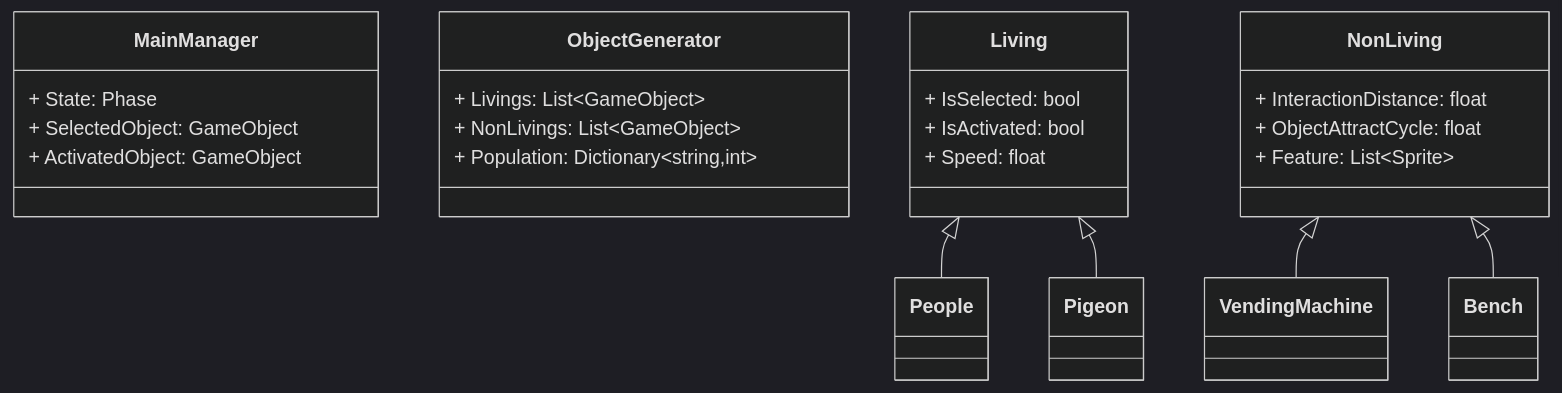
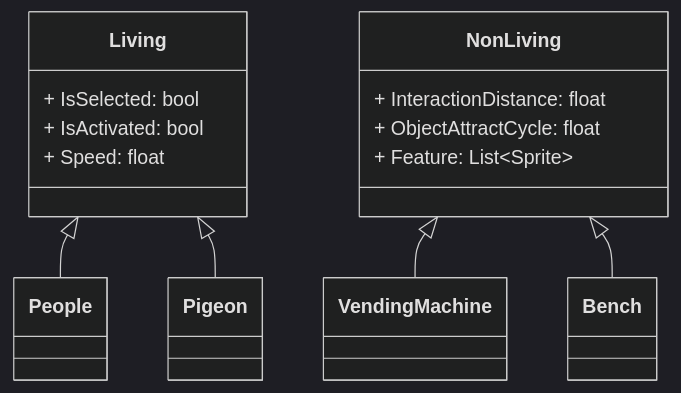
The diagram in README.md (hyngng/unity-armonia), drawn with Mermaid (dark theme) before and after one commit. The commit also changed other lines of this file, not shown here.

````diff
--- a/README.md
+++ b/README.md
@@ -7,28 +7,18 @@
 ```mermaid
 classDiagram
-    class MainManager {
-        + State: Phase
-        + SelectedObject: GameObject
-        + ActivatedObject: GameObject
-    }
-    class ObjectGenerator {
-        + Livings: List~GameObject~
-        + NonLivings: List~GameObject~
-        + Population: Dictionary~string,int~
-    }
     class Living {
         + IsSelected: bool
         + IsActivated: bool
         + Speed: float
     }
     class NonLiving {
         + InteractionDistance: float
         + ObjectAttractCycle: float
         + Feature: List~Sprite~
     }
 
     Living <|-- People
     Living <|-- Pigeon
     NonLiving <|-- VendingMachine
     NonLiving <|-- Bench
 ```
````
